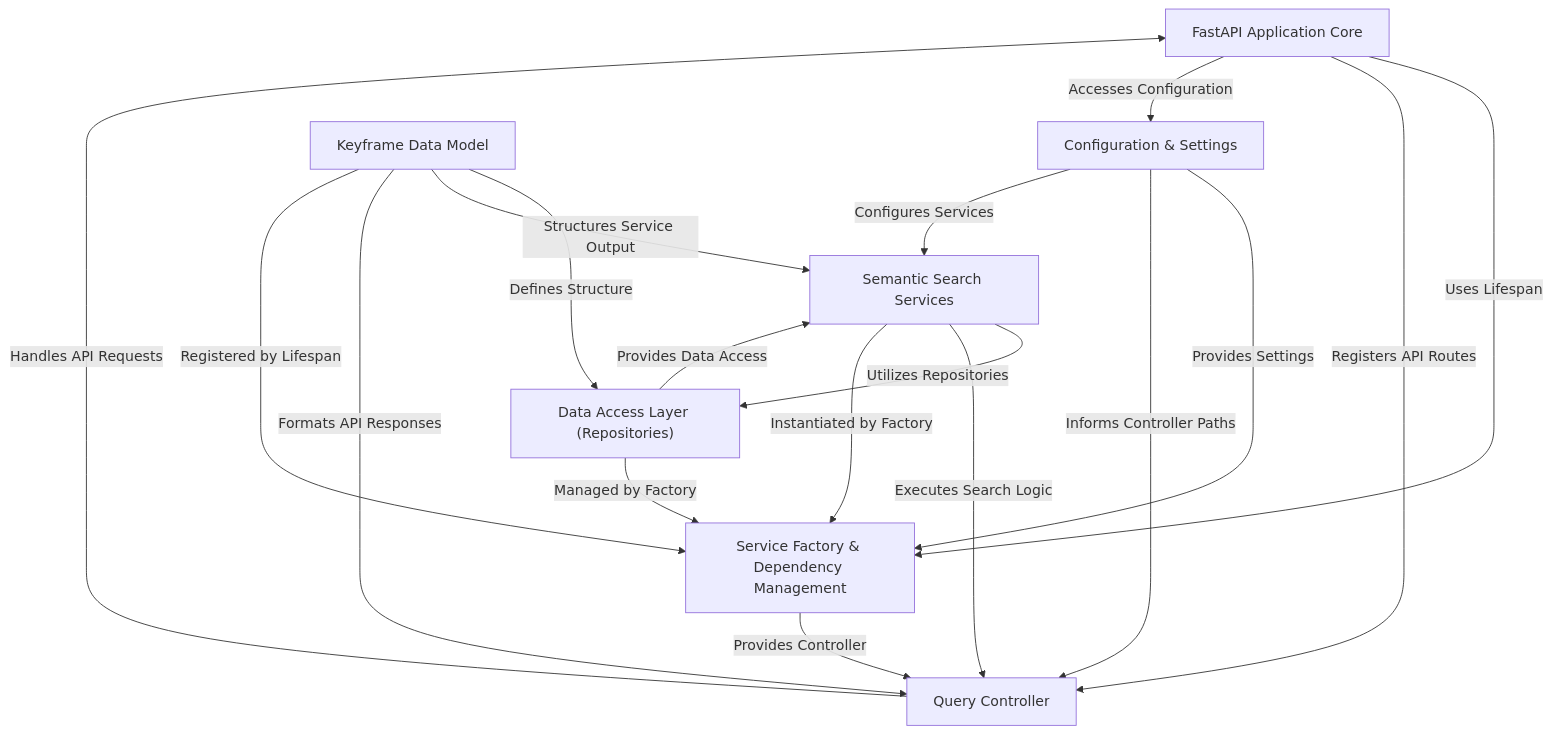
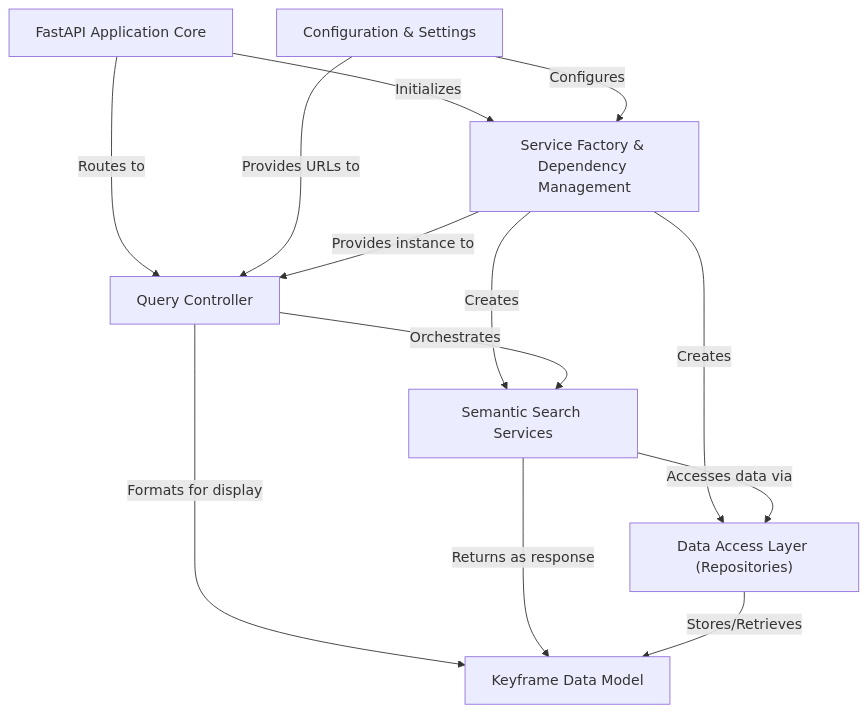
One commit to ThanhDanh1510/Image-Retrieval-System-for-AIC2025 changed the diagram in Baseline documentations/HCMAI2025_Baseline/index.md. Above: the diagram before and after it, drawn with Mermaid. The commit also changed other lines of this file, not shown here.

Commit message:
Update tutorial and structure for AIC2025 project

````diff
--- a/Baseline documentations/HCMAI2025_Baseline/index.md
+++ b/Baseline documentations/HCMAI2025_Baseline/index.md
@@ -11,34 +8,29 @@
 ```mermaid
 flowchart TD
-    A0["FastAPI Application Core
+    A0["Keyframe Data Model
 "]
-    A1["Configuration & Settings
+    A1["FastAPI Application Core
 "]
-    A2["Keyframe Data Model
+    A2["Configuration & Settings
 "]
-    A3["Data Access Layer (Repositories)
+    A3["Service Factory & Dependency Management
 "]
-    A4["Semantic Search Services
+    A4["Query Controller
 "]
-    A5["Service Factory & Dependency Management
+    A5["Semantic Search Services
 "]
-    A6["Query Controller
+    A6["Data Access Layer (Repositories)
 "]
-    A0 -- "Uses Lifespan" --> A5
-    A0 -- "Registers API Routes" --> A6
-    A0 -- "Accesses Configuration" --> A1
-    A1 -- "Provides Settings" --> A5
-    A1 -- "Informs Controller Paths" --> A6
-    A1 -- "Configures Services" --> A4
-    A2 -- "Defines Structure" --> A3
-    A2 -- "Structures Service Output" --> A4
-    A2 -- "Formats API Responses" --> A6
-    A2 -- "Registered by Lifespan" --> A5
-    A3 -- "Provides Data Access" --> A4
-    A3 -- "Managed by Factory" --> A5
-    A4 -- "Utilizes Repositories" --> A3
-    A4 -- "Executes Search Logic" --> A6
-    A4 -- "Instantiated by Factory" --> A5
-    A5 -- "Provides Controller" --> A6
-    A6 -- "Handles API Requests" --> A0
+    A1 -- "Initializes" --> A3
+    A1 -- "Routes to" --> A4
+    A2 -- "Configures" --> A3
+    A2 -- "Provides URLs to" --> A4
+    A3 -- "Creates" --> A5
+    A3 -- "Creates" --> A6
+    A3 -- "Provides instance to" --> A4
+    A4 -- "Orchestrates" --> A5
+    A4 -- "Formats for display" --> A0
+    A5 -- "Accesses data via" --> A6
+    A5 -- "Returns as response" --> A0
+    A6 -- "Stores/Retrieves" --> A0
 ```
````
